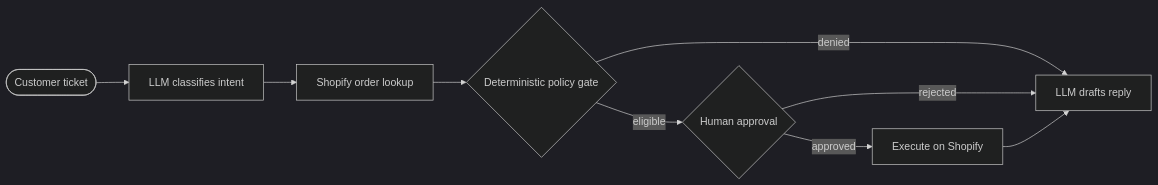
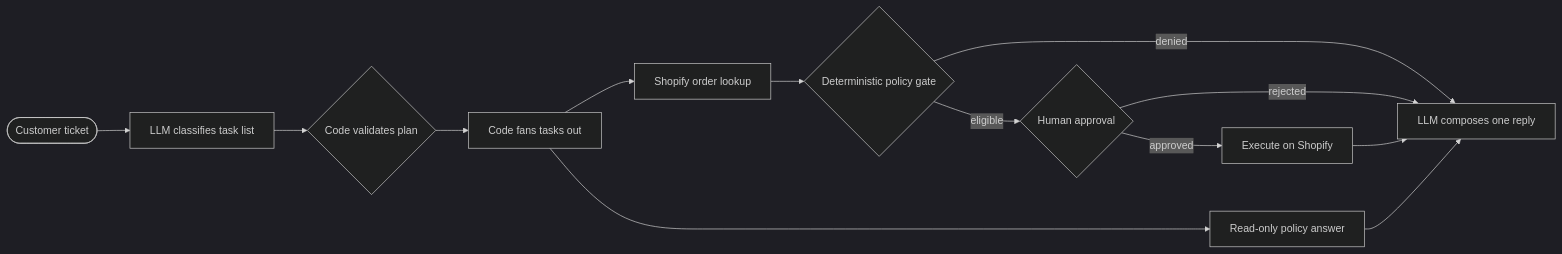
Before and after one commit to Rahat-Kabir/store-keeper: the diagram in README.md, drawn with Mermaid (dark theme). The commit also changed other lines of this file and 12 other files, not shown here.

````diff
--- a/README.md
+++ b/README.md
@@ -32,11 +32,15 @@
 ```mermaid
 flowchart LR
-    ticket([Customer ticket]) --> classify[LLM classifies intent]
-    classify --> lookup[Shopify order lookup]
+    ticket([Customer ticket]) --> classify[LLM classifies task list]
+    classify --> validate{Code validates plan}
+    validate --> fanout[Code fans tasks out]
+    fanout --> lookup[Shopify order lookup]
+    fanout --> answer[Read-only policy answer]
     lookup --> gate{Deterministic policy gate}
-    gate -- denied --> draft[LLM drafts reply]
+    gate -- denied --> compose[LLM composes one reply]
     gate -- eligible --> approval{Human approval}
     approval -- approved --> execute[Execute on Shopify]
-    approval -- rejected --> draft
-    execute --> draft
+    approval -- rejected --> compose
+    execute --> compose
+    answer --> compose
 ```
````
